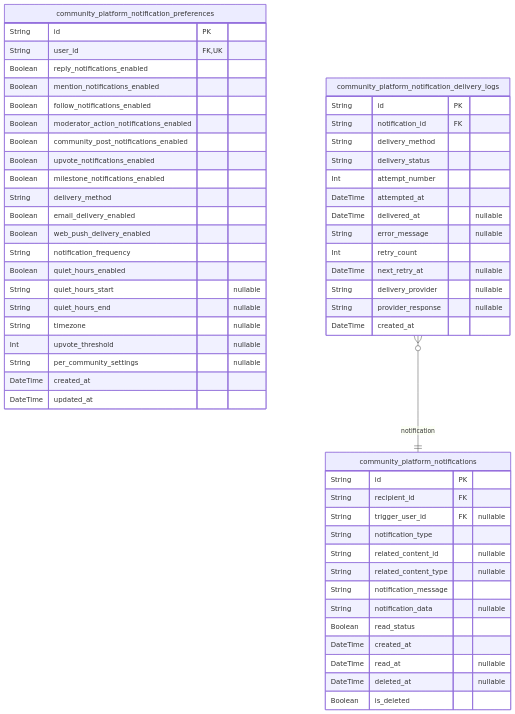
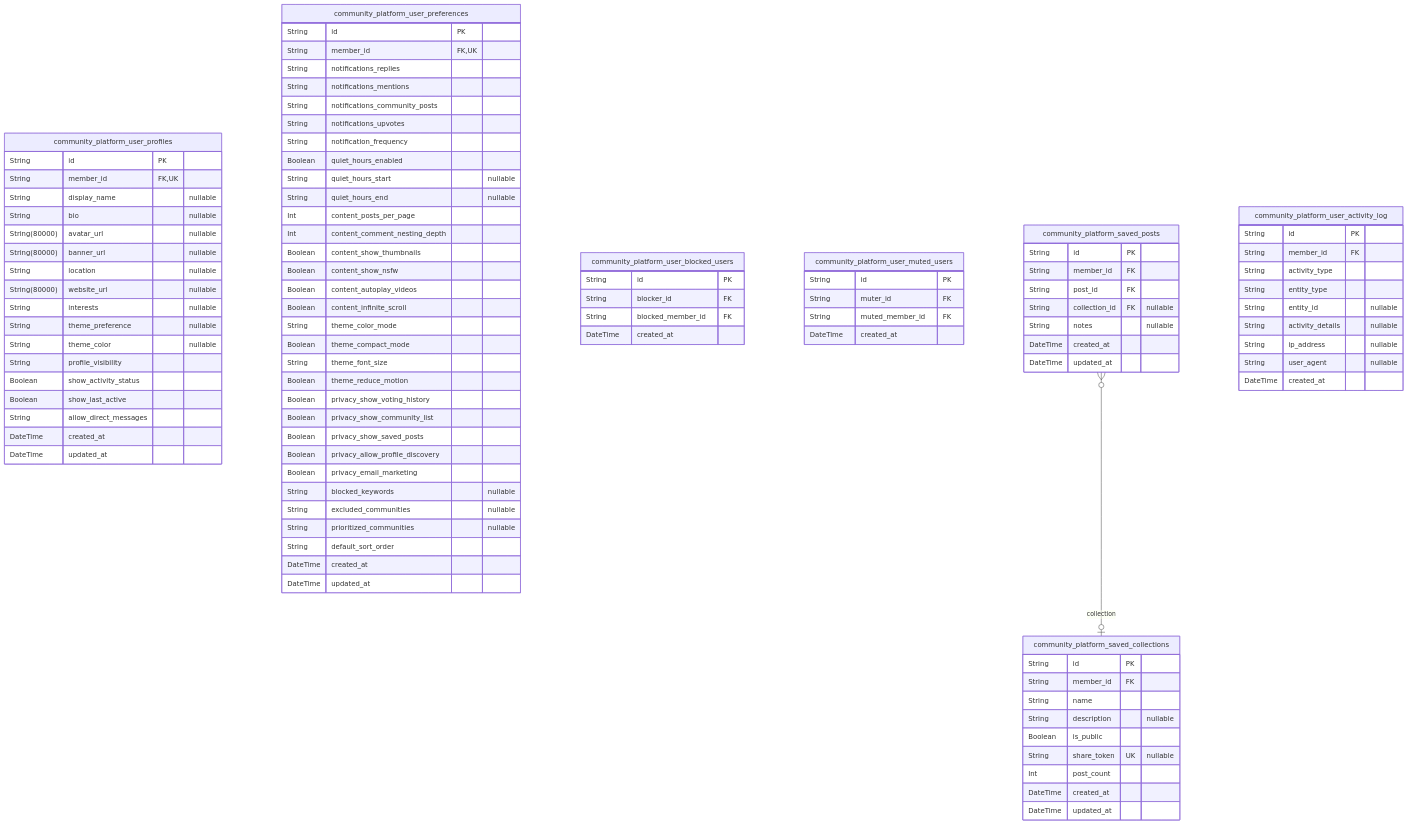
Before and after one commit to wrtnlabs/autobe-examples: the seventh of 9 diagrams in anthropic/claude-haiku-4.5/reddit/docs/ERD.md, drawn with Mermaid. The commit also changed other lines of this file and 16146 other files, not shown here.

````diff
--- a/anthropic/claude-haiku-4.5/reddit/docs/ERD.md
+++ b/anthropic/claude-haiku-4.5/reddit/docs/ERD.md
@@ -1664,57 +1773,99 @@
 ```mermaid
 erDiagram
-"community_platform_notifications" {
+"community_platform_user_profiles" {
   String id PK
-  String recipient_id FK
-  String trigger_user_id FK "nullable"
-  String notification_type
-  String related_content_id "nullable"
-  String related_content_type "nullable"
-  String notification_message
-  String notification_data "nullable"
-  Boolean read_status
+  String member_id FK,UK
+  String display_name "nullable"
+  String bio "nullable"
+  String(80000) avatar_url "nullable"
+  String(80000) banner_url "nullable"
+  String location "nullable"
+  String(80000) website_url "nullable"
+  String interests "nullable"
+  String theme_preference "nullable"
+  String theme_color "nullable"
+  String profile_visibility
+  Boolean show_activity_status
+  Boolean show_last_active
+  String allow_direct_messages
   DateTime created_at
-  DateTime read_at "nullable"
-  DateTime deleted_at "nullable"
-  Boolean is_deleted
+  DateTime updated_at
 }
-"community_platform_notification_preferences" {
+"community_platform_user_preferences" {
   String id PK
-  String user_id FK,UK
-  Boolean reply_notifications_enabled
-  Boolean mention_notifications_enabled
-  Boolean follow_notifications_enabled
-  Boolean moderator_action_notifications_enabled
-  Boolean community_post_notifications_enabled
-  Boolean upvote_notifications_enabled
-  Boolean milestone_notifications_enabled
-  String delivery_method
-  Boolean email_delivery_enabled
-  Boolean web_push_delivery_enabled
+  String member_id FK,UK
+  String notifications_replies
+  String notifications_mentions
+  String notifications_community_posts
+  String notifications_upvotes
   String notification_frequency
   Boolean quiet_hours_enabled
   String quiet_hours_start "nullable"
   String quiet_hours_end "nullable"
-  String timezone "nullable"
-  Int upvote_threshold "nullable"
-  String per_community_settings "nullable"
+  Int content_posts_per_page
+  Int content_comment_nesting_depth
+  Boolean content_show_thumbnails
+  Boolean content_show_nsfw
+  Boolean content_autoplay_videos
+  Boolean content_infinite_scroll
+  String theme_color_mode
+  Boolean theme_compact_mode
+  String theme_font_size
+  Boolean theme_reduce_motion
+  Boolean privacy_show_voting_history
+  Boolean privacy_show_community_list
+  Boolean privacy_show_saved_posts
+  Boolean privacy_allow_profile_discovery
+  Boolean privacy_email_marketing
+  String blocked_keywords "nullable"
+  String excluded_communities "nullable"
+  String prioritized_communities "nullable"
+  String default_sort_order
   DateTime created_at
   DateTime updated_at
 }
-"community_platform_notification_delivery_logs" {
+"community_platform_user_blocked_users" {
   String id PK
-  String notification_id FK
-  String delivery_method
-  String delivery_status
-  Int attempt_number
-  DateTime attempted_at
-  DateTime delivered_at "nullable"
-  String error_message "nullable"
-  Int retry_count
-  DateTime next_retry_at "nullable"
-  String delivery_provider "nullable"
-  String provider_response "nullable"
+  String blocker_id FK
+  String blocked_member_id FK
   DateTime created_at
 }
-"community_platform_notification_delivery_logs" }o--|| "community_platform_notifications" : notification
+"community_platform_user_muted_users" {
+  String id PK
+  String muter_id FK
+  String muted_member_id FK
+  DateTime created_at
+}
+"community_platform_saved_posts" {
+  String id PK
+  String member_id FK
+  String post_id FK
+  String collection_id FK "nullable"
+  String notes "nullable"
+  DateTime created_at
+  DateTime updated_at
+}
+"community_platform_saved_collections" {
+  String id PK
+  String member_id FK
+  String name
+  String description "nullable"
+  Boolean is_public
+  String share_token UK "nullable"
+  Int post_count
+  DateTime created_at
+  DateTime updated_at
+}
+"community_platform_user_activity_log" {
+  String id PK
+  String member_id FK
+  String activity_type
+  String entity_type
+  String entity_id "nullable"
+  String activity_details "nullable"
+  String ip_address "nullable"
+  String user_agent "nullable"
+  DateTime created_at
+}
+"community_platform_saved_posts" }o--o| "community_platform_saved_collections" : collection
 ```
````
